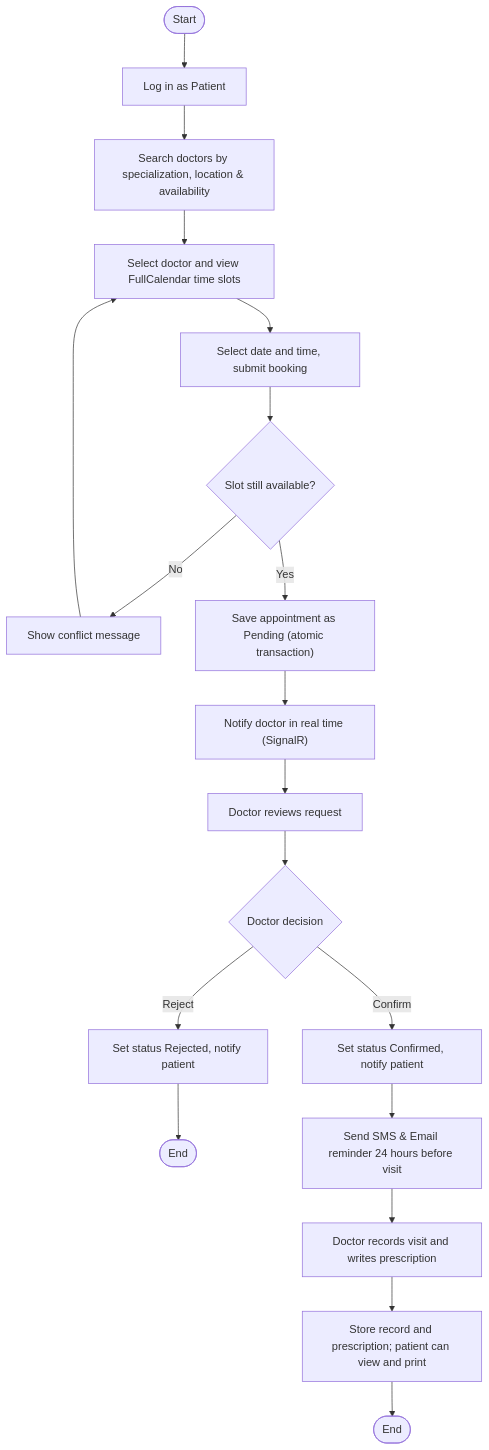
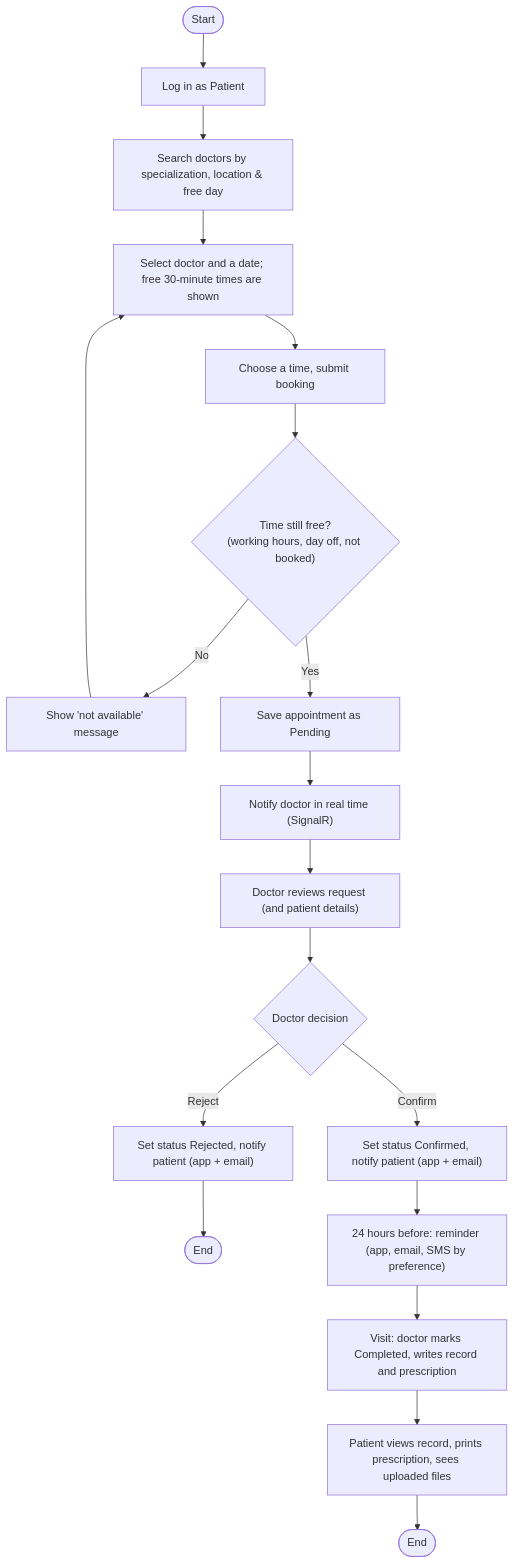
The fifth of 9 diagrams in mdFiles/4.3 Data Flow and System Behavior.md (3mrNasser/Medi-Care-Clinic-Management-Project-R5), drawn with Mermaid before and after one commit. The commit also changed other lines of this file and 18 other files, not shown here.

````diff
--- a/mdFiles/4.3 Data Flow and System Behavior.md
+++ b/mdFiles/4.3 Data Flow and System Behavior.md
@@ -130,19 +142,19 @@
 ```mermaid
 flowchart TD
     Start([Start]) --> Login["Log in as Patient"]
-    Login --> Search["Search doctors by specialization, location & availability"]
-    Search --> SelectDoc["Select doctor and view FullCalendar time slots"]
-    SelectDoc --> Submit["Select date and time, submit booking"]
-    Submit --> Check{"Slot still available?"}
-    Check -- No --> Conflict["Show conflict message"] --> SelectDoc
-    Check -- Yes --> Save["Save appointment as Pending (atomic transaction)"]
+    Login --> Search["Search doctors by specialization, location & free day"]
+    Search --> SelectDoc["Select doctor and a date; free 30-minute times are shown"]
+    SelectDoc --> Submit["Choose a time, submit booking"]
+    Submit --> Check{"Time still free?\n(working hours, day off, not booked)"}
+    Check -- No --> Conflict["Show 'not available' message"] --> SelectDoc
+    Check -- Yes --> Save["Save appointment as Pending"]
     Save --> NotifyDoc["Notify doctor in real time (SignalR)"]
-    NotifyDoc --> DocReview["Doctor reviews request"]
+    NotifyDoc --> DocReview["Doctor reviews request (and patient details)"]
     DocReview --> Decision{"Doctor decision"}
-    Decision -- Reject --> SetRej["Set status Rejected, notify patient"] --> EndRej([End])
-    Decision -- Confirm --> SetConf["Set status Confirmed, notify patient"]
-    SetConf --> Reminder["Send SMS & Email reminder 24 hours before visit"]
-    Reminder --> Visit["Doctor records visit and writes prescription"]
-    Visit --> Store["Store record and prescription; patient can view and print"]
+    Decision -- Reject --> SetRej["Set status Rejected, notify patient (app + email)"] --> EndRej([End])
+    Decision -- Confirm --> SetConf["Set status Confirmed, notify patient (app + email)"]
+    SetConf --> Reminder["24 hours before: reminder (app, email, SMS by preference)"]
+    Reminder --> Visit["Visit: doctor marks Completed, writes record and prescription"]
+    Visit --> Store["Patient views record, prints prescription, sees uploaded files"]
     Store --> EndComp([End])
 ```
````
